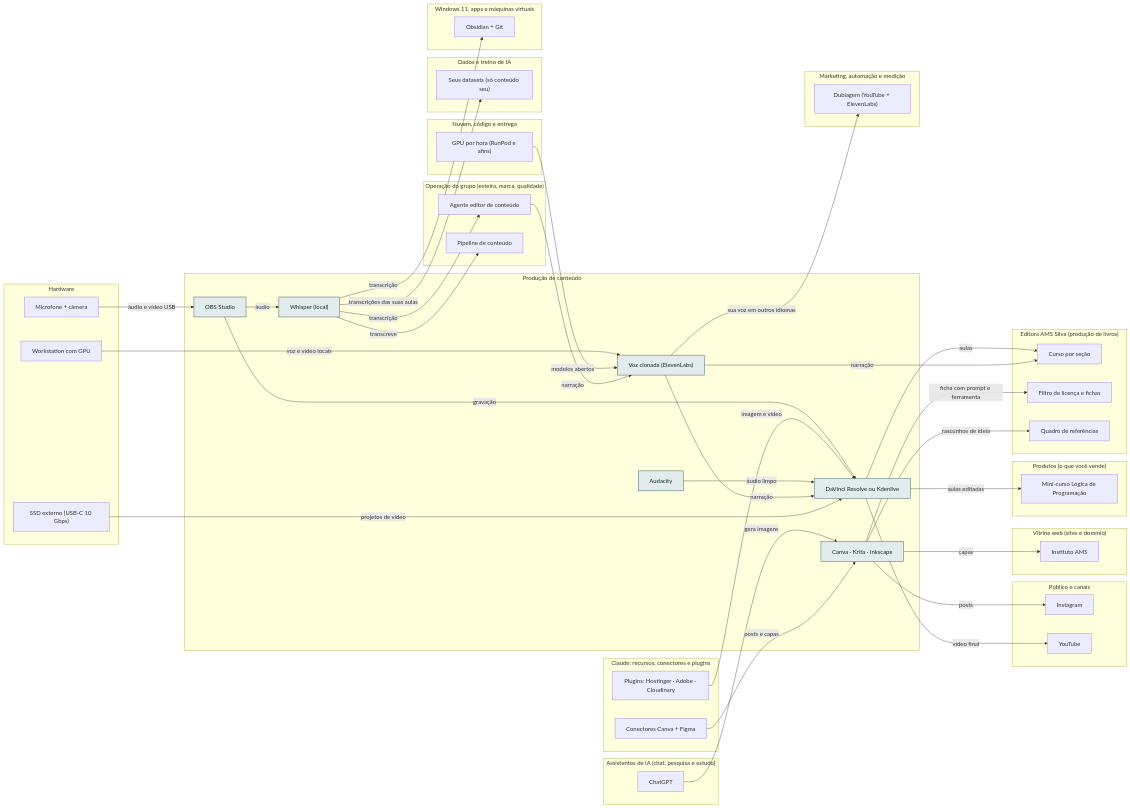
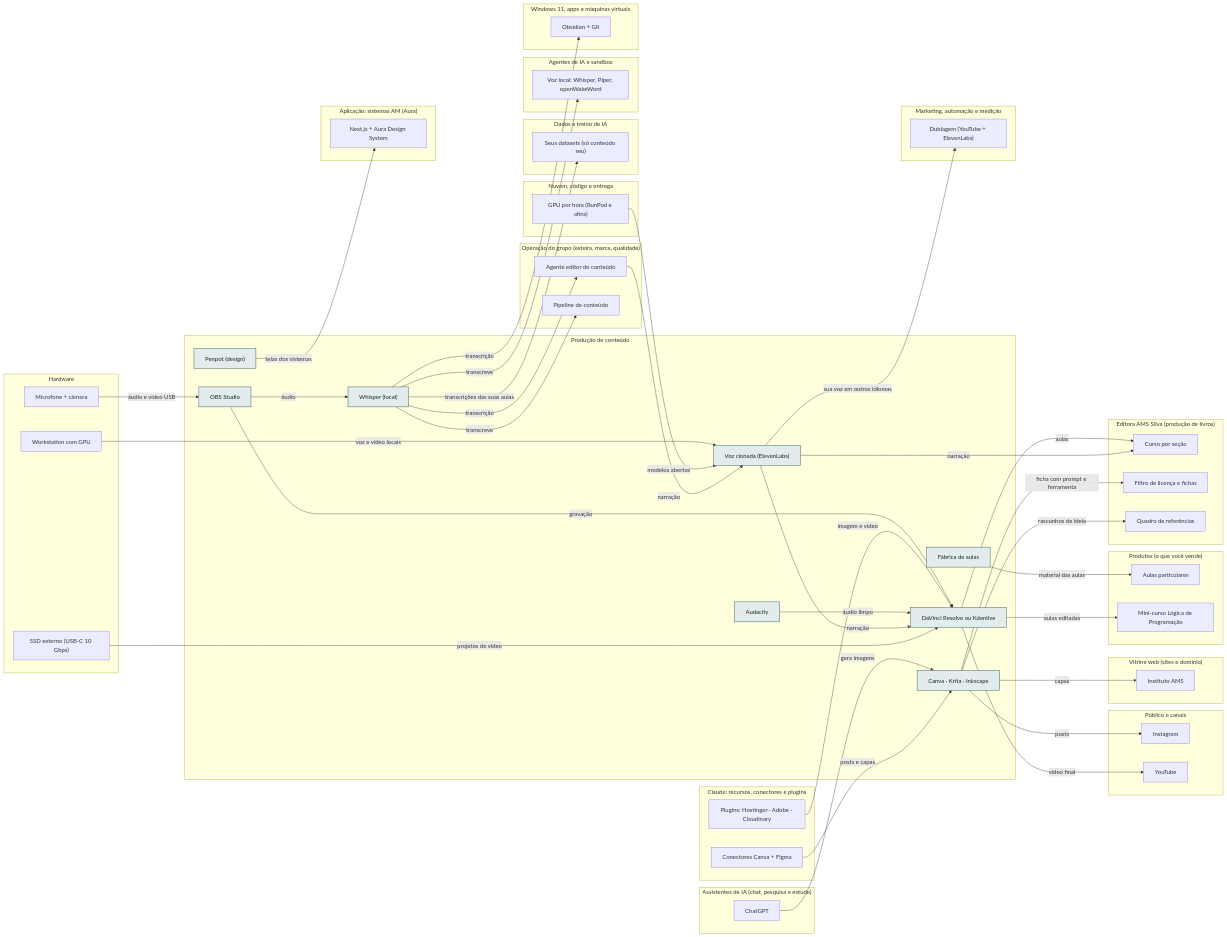
The diagram in 11-setup-dev-setup/docs/camadas/13-cont.md (AlanMateus17/Portfolio-AMS-Obsidian-Vault), drawn with Mermaid before and after one commit. The commit also changed other lines of this file and 316 other files, not shown here.

````diff
--- a/11-setup-dev-setup/docs/camadas/13-cont.md
+++ b/11-setup-dev-setup/docs/camadas/13-cont.md
@@ -20,6 +20,8 @@
     n_img["Canva · Krita · Inkscape"]
     n_whis["Whisper (local)"]
     n_voz["Voz clonada (ElevenLabs)"]
+    n_fabrica["Fábrica de aulas"]
+    n_penpot["Penpot (design)"]
   end
   subgraph L_oper["Operação do grupo (esteira, marca, qualidade)"]
     n_oedit["Agente editor de conteúdo"]
@@ -36,6 +38,7 @@
     n_inst["Instituto AMS"]
   end
   subgraph L_prod["Produtos (o que você vende)"]
+    n_aulas["Aulas particulares"]
     n_curso["Mini-curso Lógica de Programação"]
   end
   subgraph L_editora["Editora AMS Silva (produção de livros)"]
@@ -46,6 +49,9 @@
   subgraph L_nuvem["Nuvem, código e entrega"]
     n_gpuh["GPU por hora (RunPod e afins)"]
   end
+  subgraph L_app["Aplicação: sistemas AM (Aura)"]
+    n_front["Next.js + Aura Design System"]
+  end
   subgraph L_clc["Claude: recursos, conectores e plugins"]
     n_ccan["Conectores Canva + Figma"]
     n_phst["Plugins: Hostinger · Adobe · Cloudinary"]
@@ -55,6 +61,9 @@
   end
   subgraph L_dados["Dados e treino de IA"]
     n_dset["Seus datasets (só conteúdo seu)"]
+  end
+  subgraph L_ia["Agentes de IA e sandbox"]
+    n_jvoz["Voz local: Whisper, Piper, openWakeWord"]
   end
   subgraph L_win["Windows 11, apps e máquinas virtuais"]
     n_obsd["Obsidian + Git"]
@@ -84,11 +93,14 @@
   n_whis -->|"transcrição"| n_oedit
   n_whis -->|"transcreve"| n_opipe
   n_whis -->|"transcrições das suas aulas"| n_dset
+  n_whis -->|"transcreve"| n_jvoz
   n_voz -->|"sua voz em outros idiomas"| n_dub
   n_voz -->|"narração"| n_bcurso
   n_ws -->|"voz e vídeo locais"| n_voz
   n_gpuh -->|"modelos abertos"| n_voz
   n_oedit -->|"narração"| n_voz
+  n_fabrica -->|"material das aulas"| n_aulas
+  n_penpot -->|"telas dos sistemas"| n_front
   classDef desta fill:#e2ecec,stroke:#0e3a45,color:#13262b
-  class n_obss,n_edit,n_aud,n_img,n_whis,n_voz desta
+  class n_obss,n_edit,n_aud,n_img,n_whis,n_voz,n_fabrica,n_penpot desta
 ```
````
